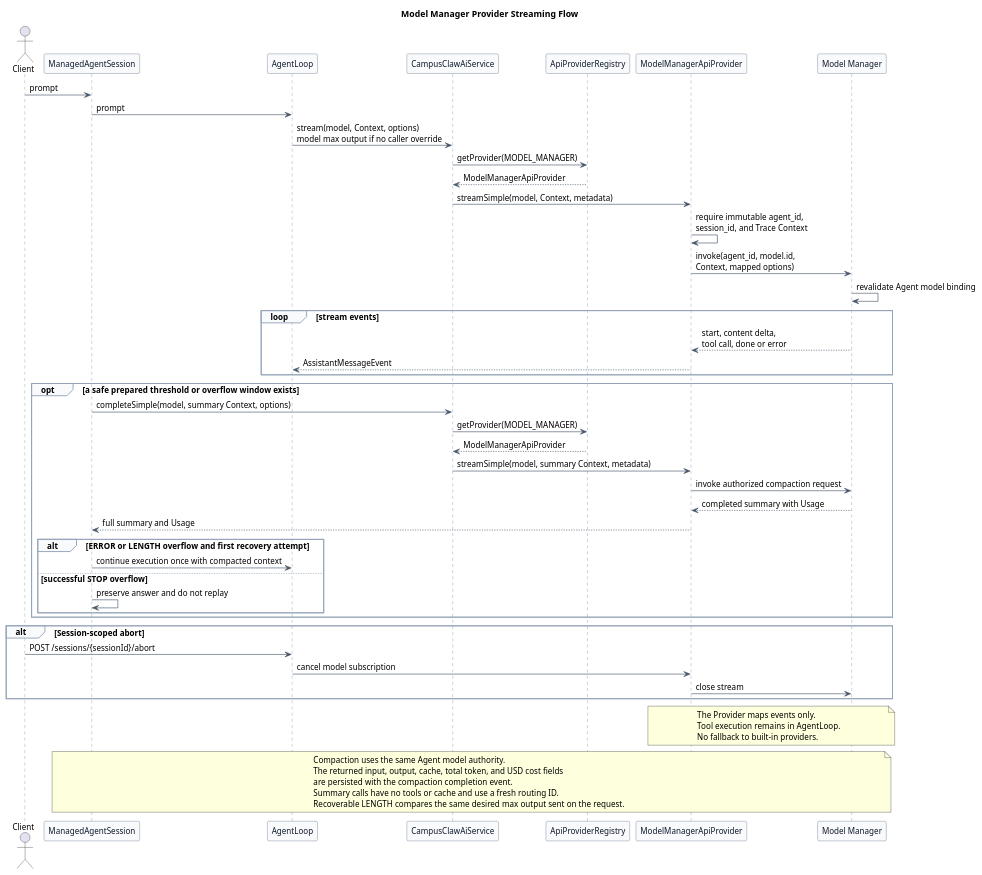
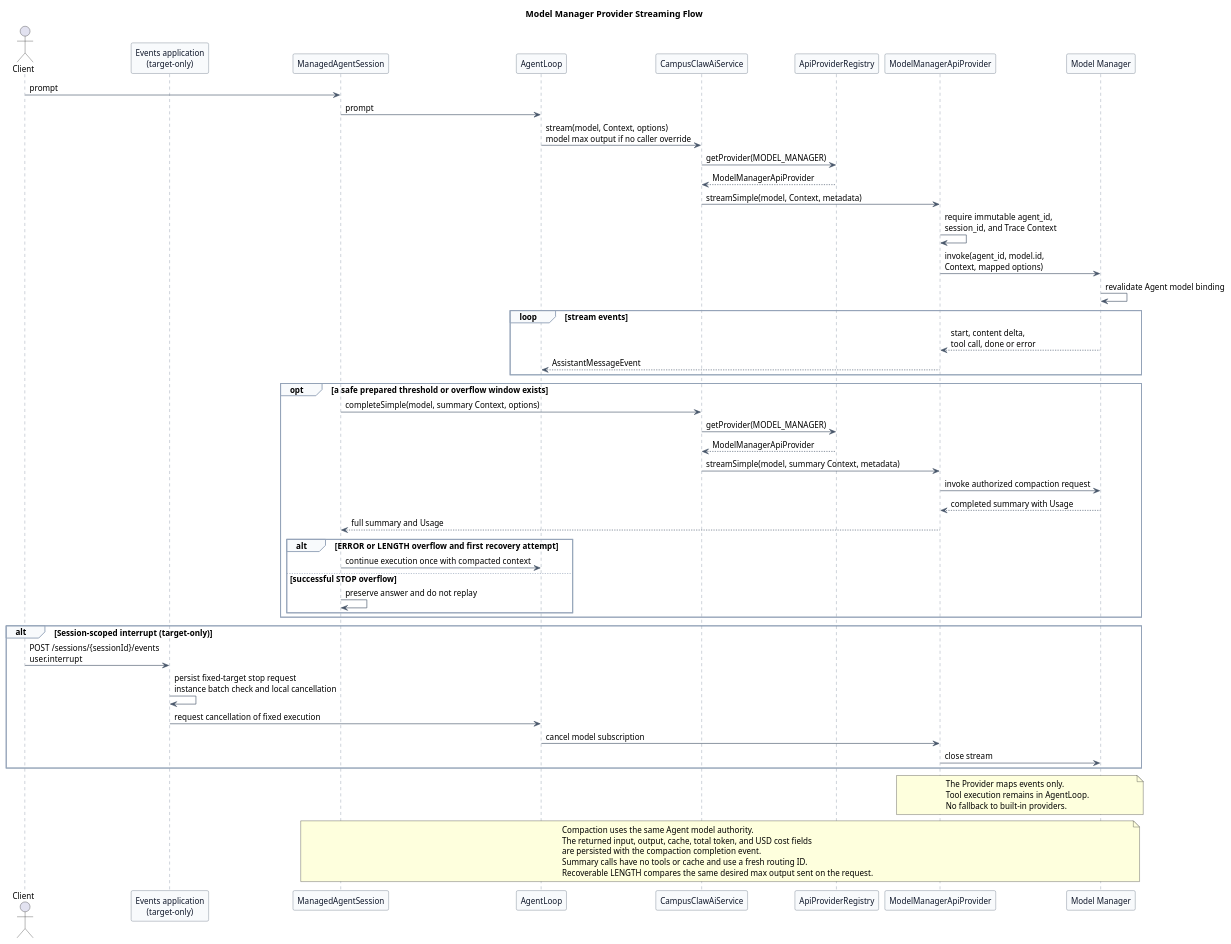
Before and after one commit to ssm0808/pi-mono-java-design: the diagram in 01-总体架构/01-CampusClaw多Agent运行时/设计图/模型管理/diagram.puml, drawn with PlantUML. The commit also changed 46 other files, not shown here.

```diff
--- a/01-总体架构/01-CampusClaw多Agent运行时/设计图/模型管理/diagram.puml
+++ b/01-总体架构/01-CampusClaw多Agent运行时/设计图/模型管理/diagram.puml
@@ -1,96 +1,103 @@
 @startuml model_manager_streaming_flow
 title Model Manager Provider Streaming Flow
 
 ' Source evidence (pi-mono 5cd93f688aaab89dbb6dfa4aca535f21796ae185):
 ' packages/ai/src/types.ts, Model, Context, AssistantMessageEvent, and Usage.
 ' packages/coding-agent/src/core/agent-session.ts, _checkCompaction and _runAutoCompaction.
 ' packages/coding-agent/src/core/compaction/compaction.ts, generateSummaryWithUsage.
 ' packages/ai/src/utils/overflow.ts, isContextOverflow and isRecoverableLength.
 ' Source evidence (pi-mono-java PR 167 f60cc3e78bb8b700527ac082c7c8e10524ede095):
 ' modules/ai/src/main/java/com/campusclaw/ai/provider/ApiProvider.java, ApiProvider.
 ' modules/ai/src/main/java/com/campusclaw/ai/provider/ApiProviderRegistry.java, ApiProviderRegistry.
 ' modules/ai/src/main/java/com/campusclaw/ai/types/SimpleStreamOptions.java, metadata.
 ' modules/ai/src/main/java/com/campusclaw/ai/stream/AssistantMessageEvent.java, event records.
 ' Observed behavior: Java dispatches by Model.api to a Spring-discovered ApiProvider.
 ' Implemented source baseline (pi-mono-java bd26e7f81bac8f68be0c3523efe23b51f96c52e4):
 ' modules/agent-core/src/main/java/com/campusclaw/agent/Agent.java, buildStreamOptions.
 ' modules/coding-agent-cli/src/main/java/com/campusclaw/codingagent/session/compaction/SessionCompactor.java, decide.
 ' Architecture change: one MODEL_MANAGER Api routes every managed model through Model Manager.
 ' Design reason: model_id selects the model while agent_id authorizes it for the current Agent.
 ' Architecture change: ManagedAgentSession owns compaction calls and preserves their returned Usage.
 
 skinparam backgroundColor #FFFFFF
 skinparam shadowing false
 skinparam defaultFontName Arial
 skinparam defaultFontSize 13
 skinparam participant {
   BackgroundColor #F8FAFC
   BorderColor #475569
   FontColor #0F172A
 }
 skinparam ArrowColor #475569
 skinparam sequence {
   LifeLineBorderColor #64748B
   LifeLineBackgroundColor #F8FAFC
   GroupBorderColor #94A3B8
   GroupBackgroundColor #F8FAFC
 }
 
 actor Client
+participant "Events application\n(target-only)" as Events
 participant "ManagedAgentSession" as Session
 participant "AgentLoop" as Loop
 participant "CampusClawAiService" as AiService
 participant "ApiProviderRegistry" as Registry
 participant "ModelManagerApiProvider" as Provider
 participant "Model Manager" as ModelManager
 
 Client -> Session : prompt
 Session -> Loop : prompt
 Loop -> AiService : stream(model, Context, options)\nmodel max output if no caller override
 AiService -> Registry : getProvider(MODEL_MANAGER)
 Registry --> AiService : ModelManagerApiProvider
 AiService -> Provider : streamSimple(model, Context, metadata)
 Provider -> Provider : require immutable agent_id,\nsession_id, and Trace Context
 Provider -> ModelManager : invoke(agent_id, model.id,\nContext, mapped options)
 ModelManager -> ModelManager : revalidate Agent model binding
 
 loop stream events
   ModelManager --> Provider : start, content delta,\ntool call, done or error
   Provider --> Loop : AssistantMessageEvent
 end
 
 opt a safe prepared threshold or overflow window exists
   Session -> AiService : completeSimple(model, summary Context, options)
   AiService -> Registry : getProvider(MODEL_MANAGER)
   Registry --> AiService : ModelManagerApiProvider
   AiService -> Provider : streamSimple(model, summary Context, metadata)
   Provider -> ModelManager : invoke authorized compaction request
   ModelManager --> Provider : completed summary with Usage
   Provider --> Session : full summary and Usage
   alt ERROR or LENGTH overflow and first recovery attempt
     Session -> Loop : continue execution once with compacted context
   else successful STOP overflow
     Session -> Session : preserve answer and do not replay
   end
 end
 
-alt Session-scoped abort
-  Client -> Loop : POST /sessions/{sessionId}/abort
+alt Session-scoped interrupt (target-only)
+  Client -> Events : POST /sessions/{sessionId}/events\nuser.interrupt
+  Events -> Events : persist fixed-target stop request\ninstance batch check and local cancellation
+  Events -> Loop : request cancellation of fixed execution
   Loop -> Provider : cancel model subscription
   Provider -> ModelManager : close stream
 end
+
+' Target-only control migration, confirmed 2026-09-07: no independent abort route.
+' Source: pi-mono-java@dfb90cac RuntimeSessionControlService.requireRunningHolder uses local state.
+' Design reason: Events application coordinates DB-backed cancellation; HTTP never calls AgentLoop directly.
 
 note over Provider,ModelManager
 The Provider maps events only.
 Tool execution remains in AgentLoop.
 No fallback to built-in providers.
 end note
 
 note over Session,ModelManager
 Compaction uses the same Agent model authority.
 The returned input, output, cache, total token, and USD cost fields
 are persisted with the compaction completion event.
 Summary calls have no tools or cache and use a fresh routing ID.
 Recoverable LENGTH compares the same desired max output sent on the request.
 end note
 @enduml
```
